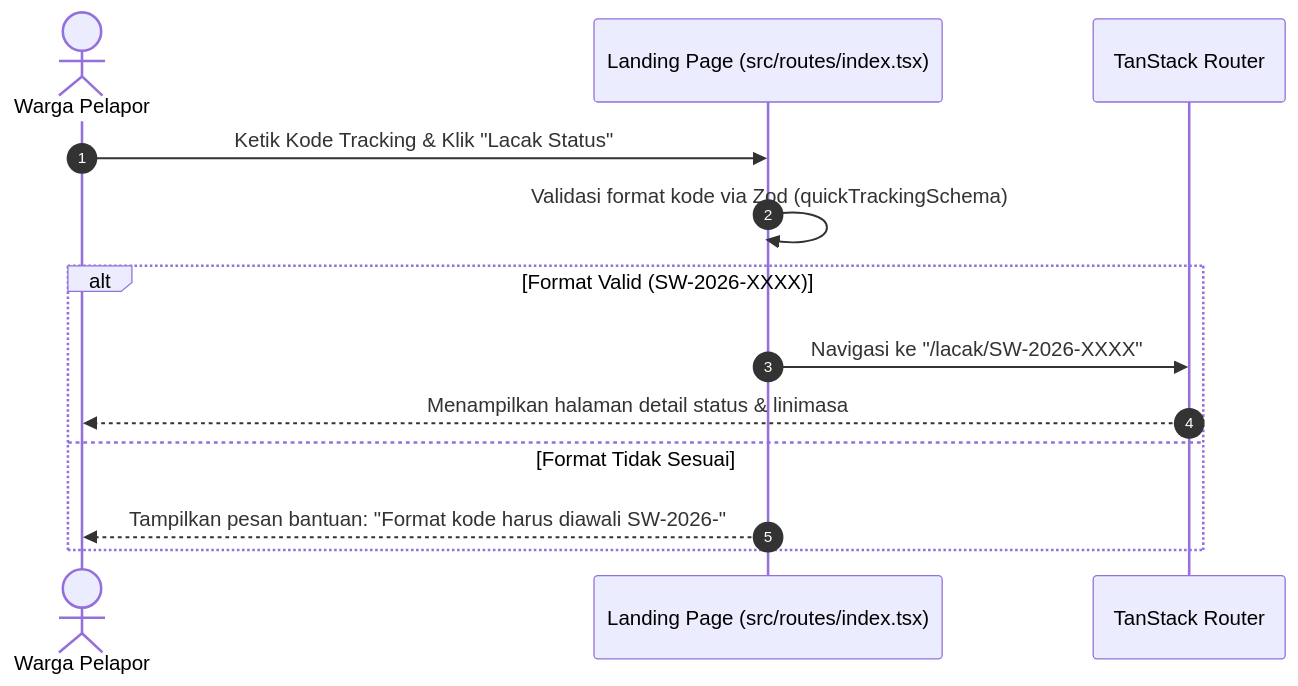
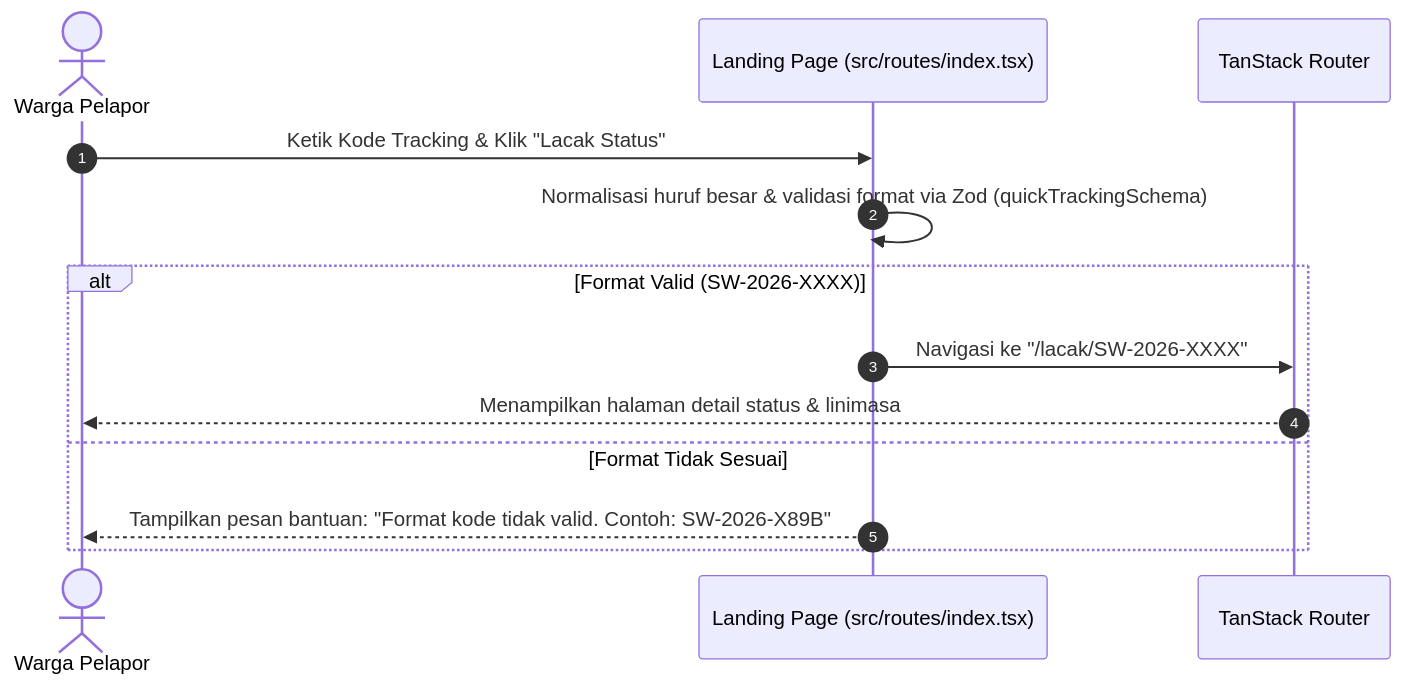
One commit to muzaaqi/siaga-warga changed the second of 2 diagrams in docs/plans/01-landing-and-emergency-banner.md. Above: the diagram before and after it, drawn with Mermaid. The commit also changed other lines of this file, not shown here.

````diff
--- a/docs/plans/01-landing-and-emergency-banner.md
+++ b/docs/plans/01-landing-and-emergency-banner.md
@@ -54,16 +54,16 @@
 ```mermaid
 sequenceDiagram
   autonumber
   actor Warga as Warga Pelapor
   participant Page as Landing Page (src/routes/index.tsx)
   participant Router as TanStack Router
 
   Warga->>Page: Ketik Kode Tracking & Klik "Lacak Status"
-  Page->>Page: Validasi format kode via Zod (quickTrackingSchema)
+  Page->>Page: Normalisasi huruf besar & validasi format via Zod (quickTrackingSchema)
   alt Format Valid (SW-2026-XXXX)
     Page->>Router: Navigasi ke "/lacak/SW-2026-XXXX"
     Router-->>Warga: Menampilkan halaman detail status & linimasa
   else Format Tidak Sesuai
-    Page-->>Warga: Tampilkan pesan bantuan: "Format kode harus diawali SW-2026-"
+    Page-->>Warga: Tampilkan pesan bantuan: "Format kode tidak valid. Contoh: SW-2026-X89B"
   end
 ```
````
